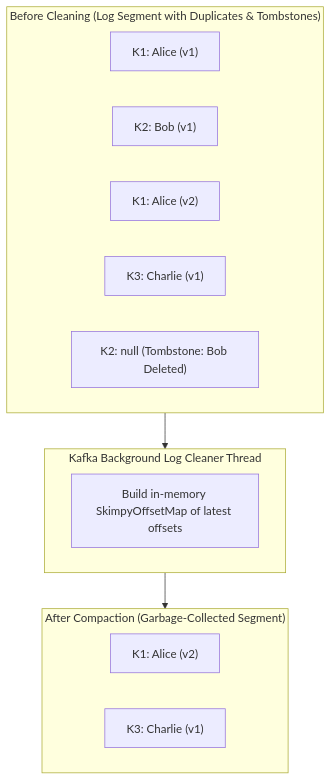
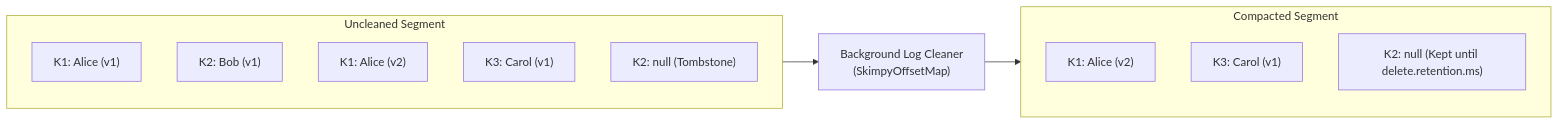
Before and after one commit to ravishankar2463/java_hub: the second of 4 diagrams in content/roadmap/level-10/apache-kafka-internals.md, drawn with Mermaid. The commit also changed other lines of this file and 119 other files, not shown here.

Commit message:
feat: add comprehensive java learning roadmap content across multiple levels

````diff
--- a/content/roadmap/level-10/apache-kafka-internals.md
+++ b/content/roadmap/level-10/apache-kafka-internals.md
@@ -127,21 +121,20 @@
 ```mermaid
-flowchart TD
-    subgraph BeforeClean["Before Cleaning (Log Segment with Duplicates & Tombstones)"]
+flowchart LR
+    subgraph Before["Uncleaned Segment"]
         R1["K1: Alice (v1)"]
         R2["K2: Bob (v1)"]
         R3["K1: Alice (v2)"]
-        R4["K3: Charlie (v1)"]
-        R5["K2: null (Tombstone: Bob Deleted)"]
+        R4["K3: Carol (v1)"]
+        R5["K2: null (Tombstone)"]
     end
 
-    subgraph Cleaner["Kafka Background Log Cleaner Thread"]
-        Skim["Build in-memory SkimpyOffsetMap of latest offsets"]
+    Cleaner["Background Log Cleaner<br/>(SkimpyOffsetMap)"]
+
+    subgraph After["Compacted Segment"]
+        C1["K1: Alice (v2)"]
+        C2["K3: Carol (v1)"]
+        C3["K2: null (Kept until delete.retention.ms)"]
     end
 
-    subgraph AfterClean["After Compaction (Garbage-Collected Segment)"]
-        C1["K1: Alice (v2)"]
-        C3["K3: Charlie (v1)"]
-    end
-
-    BeforeClean --> Cleaner --> AfterClean
+    Before --> Cleaner --> After
 ```
````
